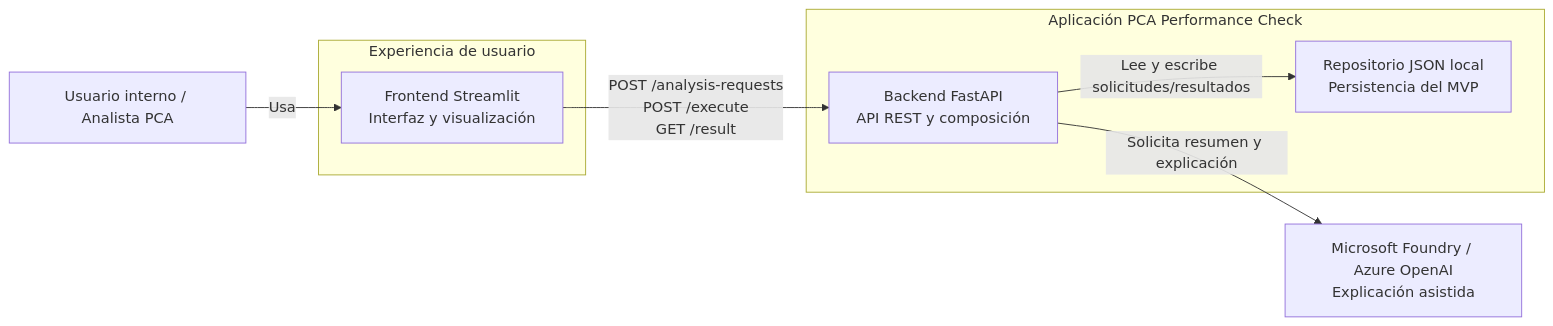
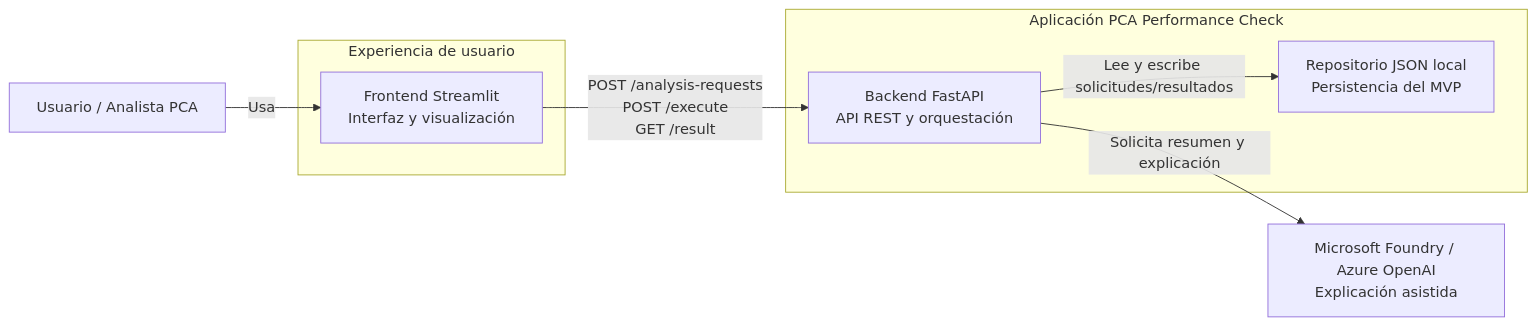
Before and after one commit to Pipeserna2828/pca-performance-check: the diagram in docs/architecture/02-c4-contenedores.md, drawn with Mermaid. The commit also changed other lines of this file and 10 other files, not shown here.

````diff
--- a/docs/architecture/02-c4-contenedores.md
+++ b/docs/architecture/02-c4-contenedores.md
@@ -7,20 +7,20 @@
 ```mermaid
 flowchart LR
-    actor["Usuario interno / Analista PCA"]
+    actor["Usuario / Analista PCA"]
 
     subgraph ui["Experiencia de usuario"]
         fe["Frontend Streamlit<br/>Interfaz y visualización"]
     end
 
     subgraph app["Aplicación PCA Performance Check"]
-        api["Backend FastAPI<br/>API REST y composición"]
+        api["Backend FastAPI<br/>API REST y orquestación"]
         repo["Repositorio JSON local<br/>Persistencia del MVP"]
     end
 
     ai["Microsoft Foundry / Azure OpenAI<br/>Explicación asistida"]
 
     actor -->|"Usa"| fe
     fe -->|"POST /analysis-requests<br/>POST /execute<br/>GET /result"| api
     api -->|"Lee y escribe solicitudes/resultados"| repo
     api -->|"Solicita resumen y explicación"| ai
 ```
````
